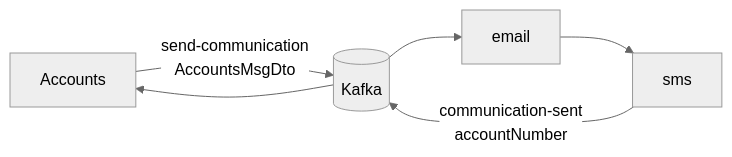
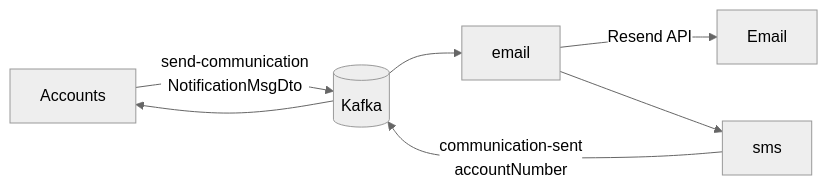
Before and after one commit to cham207388/master-ms-sb: the diagram in message/README.md, drawn with Mermaid (neutral theme). The commit also changed other lines of this file and 56 other files, not shown here.

````diff
--- a/message/README.md
+++ b/message/README.md
@@ -18,8 +20,9 @@
 ```mermaid
 flowchart LR
-  Accounts -->|send-communication<br/>AccountsMsgDto| KFK[(Kafka)]
+  Accounts -->|send-communication<br/>NotificationMsgDto| KFK[(Kafka)]
   KFK --> email
+  email -->|Resend API| Mail[Email]
   email --> sms
   sms -->|communication-sent<br/>accountNumber| KFK
   KFK --> Accounts
 ```
````
